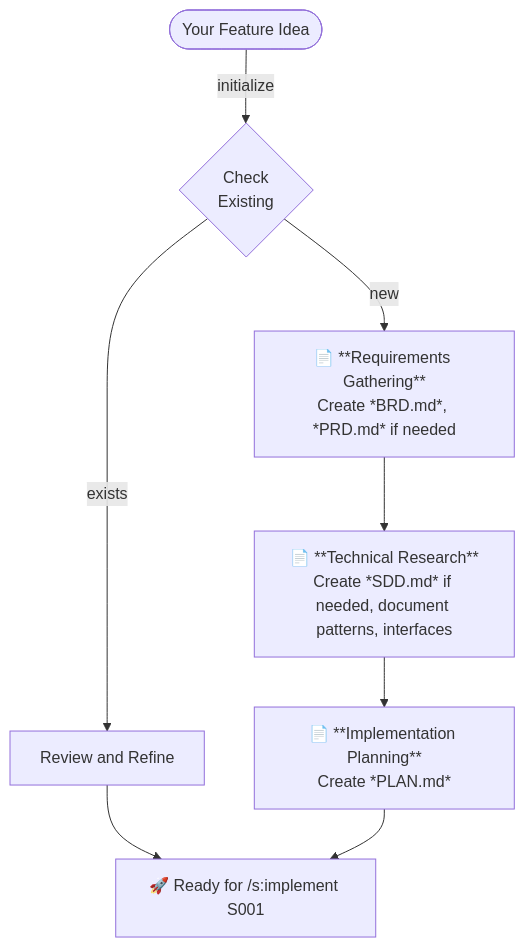
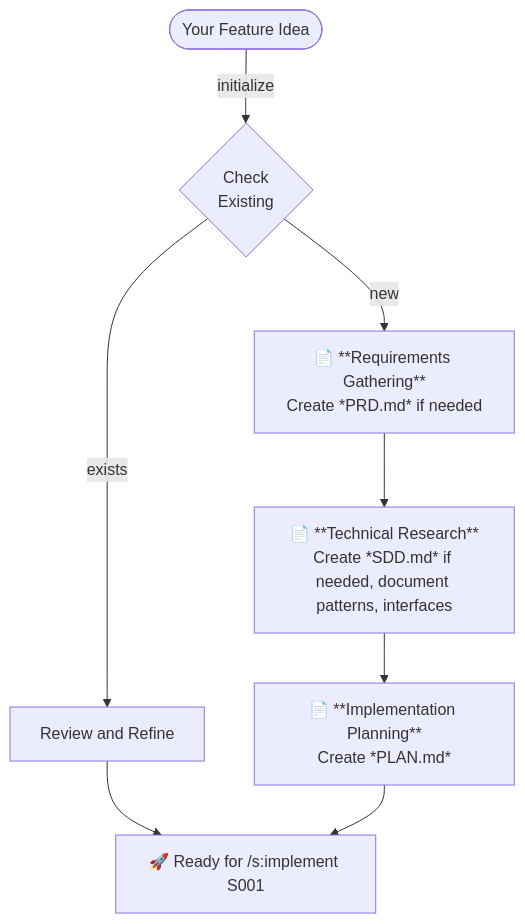
Before and after one commit to rsmdt/the-startup: the first of 4 diagrams in README.md, drawn with Mermaid. The commit also changed other lines of this file and 1 other file, not shown here.

````diff
--- a/README.md
+++ b/README.md
@@ -180,12 +179,12 @@
 ```mermaid
 flowchart TD
     A([Your Feature Idea]) --> |initialize| B{Check<br>Existing}
     B --> |exists| C[Review and Refine]
     C --> END[🚀 Ready for /s:implement S001]
 
-    B --> |new| D[📄 **Requirements Gathering**<br/>Create *BRD.md*, *PRD.md* if needed]
+    B --> |new| D[📄 **Requirements Gathering**<br/>Create *PRD.md* if needed]
     D --> E[📄 **Technical Research**<br/>Create *SDD.md* if needed, document patterns, interfaces]
     E --> F[📄 **Implementation Planning**<br/>Create *PLAN.md*]
 
     F --> END[🚀 Ready for /s:implement S001]
 ```
````
